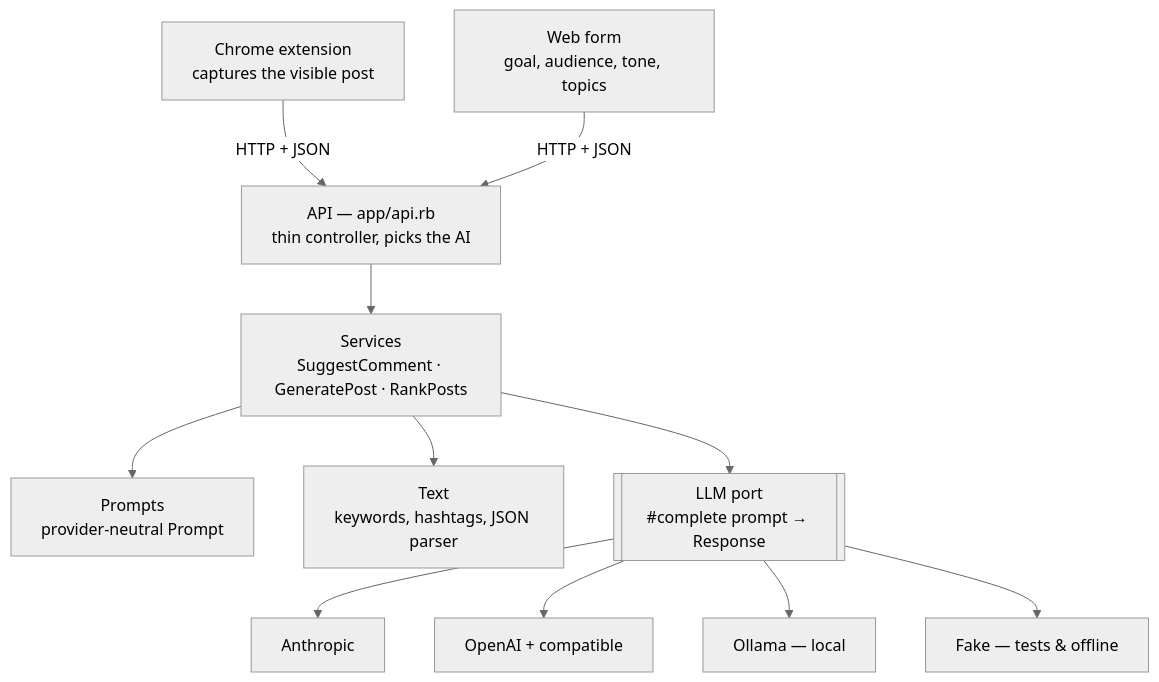
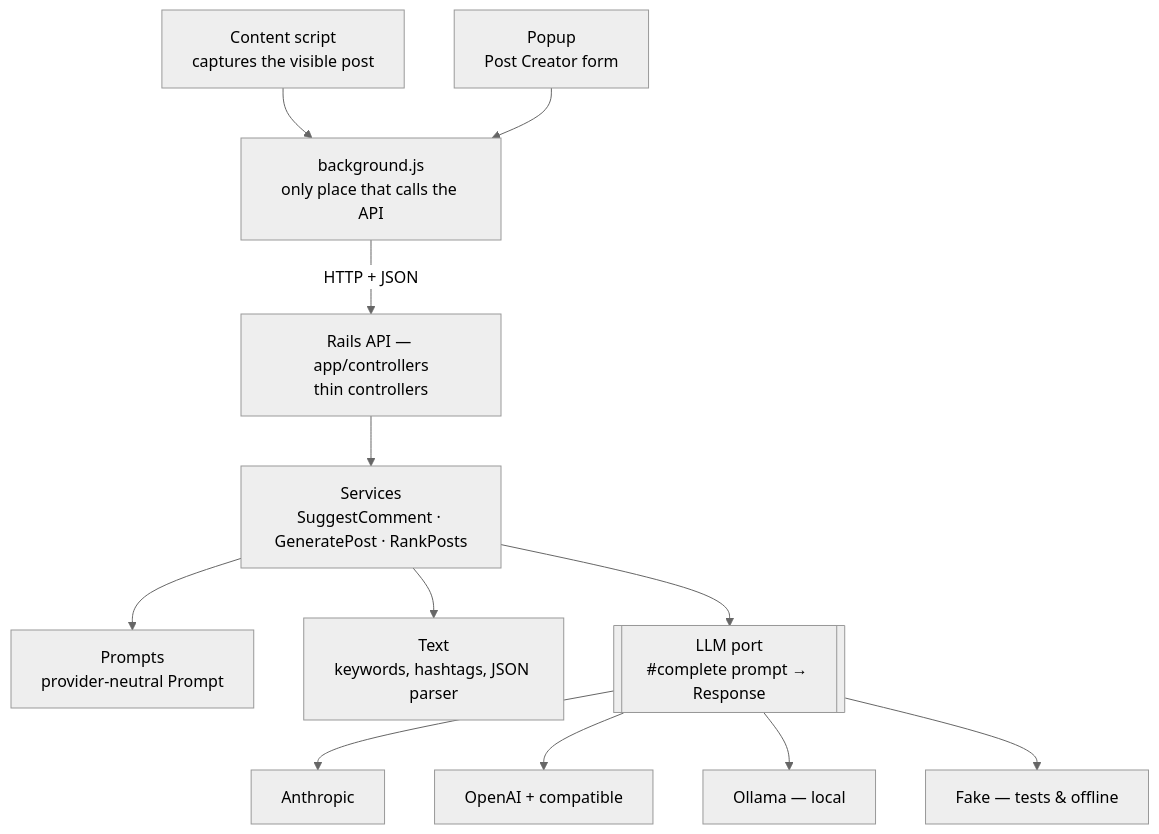
Before and after one commit to PGalva/-LinkedIn-Poster: the diagram in README.md, drawn with Mermaid (neutral theme). The commit also changed other lines of this file and 7 other files, not shown here.

````diff
--- a/README.md
+++ b/README.md
@@ -16,13 +16,14 @@
 ```mermaid
 flowchart TD
-    EXT[Chrome extension<br/>captures the visible post] -->|HTTP + JSON| API
-    FORM[Web form<br/>goal, audience, tone, topics] -->|HTTP + JSON| API
-    API[API — app/api.rb<br/>thin controller, picks the AI] --> SVC
+    EXT[Content script<br/>captures the visible post] --> BG
+    POP[Popup<br/>Post Creator form] --> BG
+    BG[background.js<br/>only place that calls the API] -->|HTTP + JSON| API
+    API[Rails API — app/controllers<br/>thin controllers] --> SVC
     SVC[Services<br/>SuggestComment · GeneratePost · RankPosts] --> PR[Prompts<br/>provider-neutral Prompt]
     SVC --> TX[Text<br/>keywords, hashtags, JSON parser]
     SVC --> PORT[[LLM port<br/>#complete prompt → Response]]
     PORT --> A1[Anthropic]
     PORT --> A2[OpenAI + compatible]
     PORT --> A3[Ollama — local]
     PORT --> A4[Fake — tests & offline]
 ```
````
